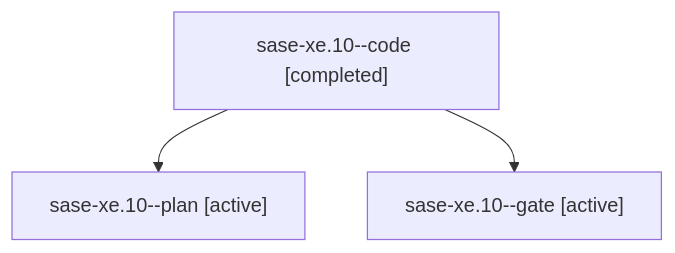
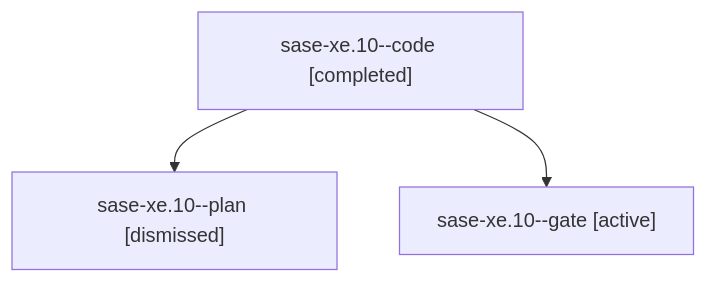
The diagram in sessions/bbugyi200.athena.sase-xe.10.md (sase-org/sase--agents), drawn with Mermaid before and after one commit. The commit also changed other lines of this file and 277 other files, not shown here.

````diff
--- a/sessions/bbugyi200.athena.sase-xe.10.md
+++ b/sessions/bbugyi200.athena.sase-xe.10.md
@@ -9,8 +9,8 @@
 ```mermaid
 flowchart TD
   n0["sase-xe.10--code [completed]"]
-  n1["sase-xe.10--plan [active]"]
+  n1["sase-xe.10--plan [dismissed]"]
   n0 --> n1
   n2["sase-xe.10--gate [active]"]
   n0 --> n2
 ```
````
